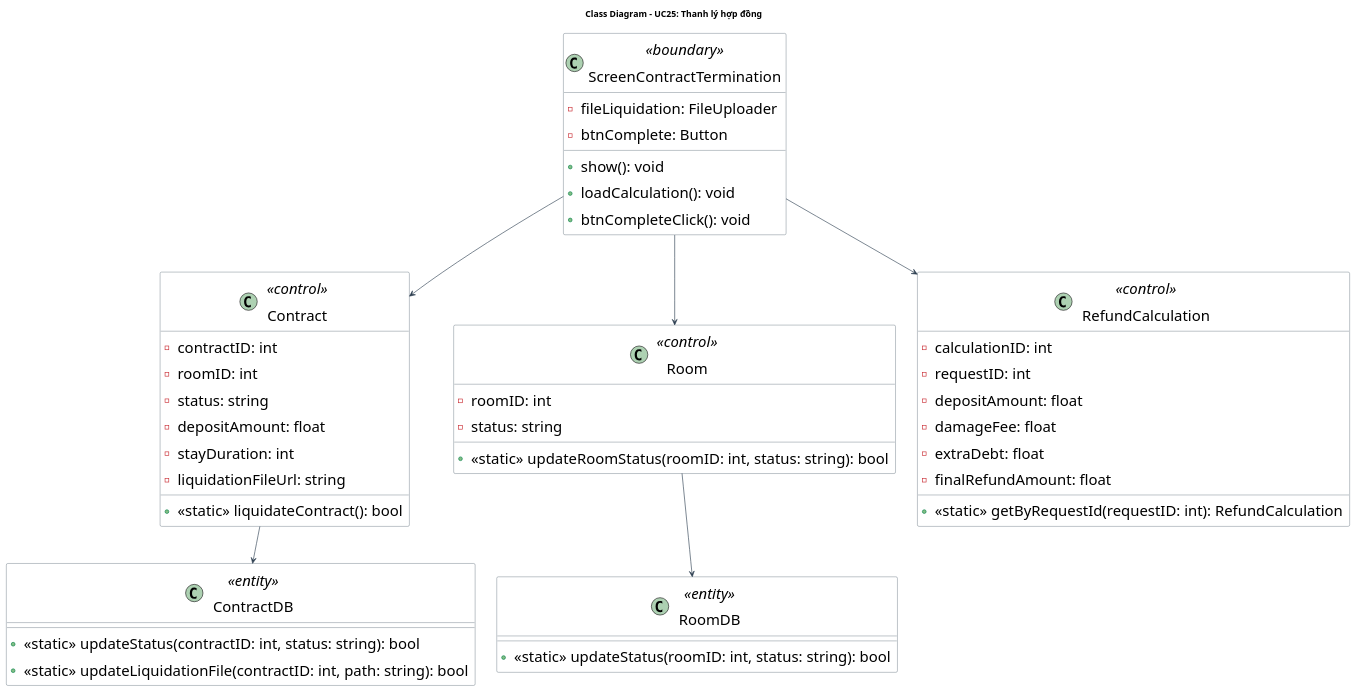
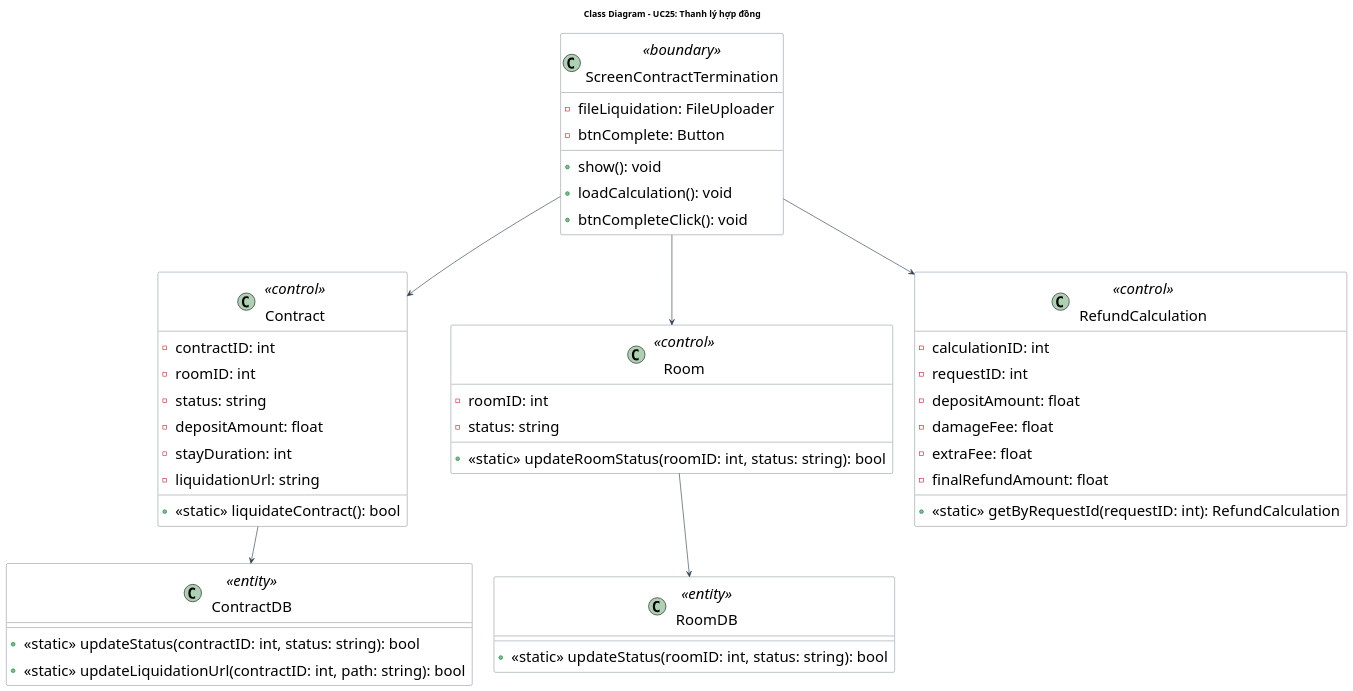
Before and after one commit to Gnourt812005/HCMUS-Analyze-and-desgin-IS: the diagram in doc/system/thanh_ly_hop_dong/ThanhLyHopDong_ClassDiagram.wsd, drawn with PlantUML. The commit also changed 23 other files, not shown here.

```diff
--- a/doc/system/thanh_ly_hop_dong/ThanhLyHopDong_ClassDiagram.wsd
+++ b/doc/system/thanh_ly_hop_dong/ThanhLyHopDong_ClassDiagram.wsd
@@ -1,62 +1,62 @@
 @startuml ThanhLyHopDong_ClassDiagram
 title Class Diagram - UC25: Thanh lý hợp đồng
 
 skinparam {
     ClassBackgroundColor White
     ClassBorderColor #2D3E50
     ArrowColor #2D3E50
     DefaultFontName "Arial"
     DefaultFontSize 24
     Padding 5
 }
 
 class "ScreenContractTermination" as ContractLiquidationScreen <<boundary>> {
   - fileLiquidation: FileUploader
   - btnComplete: Button
   + show(): void
   + loadCalculation(): void
   + btnCompleteClick(): void
 }
 
 class "Contract" as Contract <<control>> {
   - contractID: int
   - roomID: int
   - status: string
   - depositAmount: float
   - stayDuration: int
-  - liquidationFileUrl: string
+  - liquidationUrl: string
   + <<static>> liquidateContract(): bool
 }
 
 class "ContractDB" as ContractDB <<entity>> {
   + <<static>> updateStatus(contractID: int, status: string): bool
-  + <<static>> updateLiquidationFile(contractID: int, path: string): bool
+  + <<static>> updateLiquidationUrl(contractID: int, path: string): bool
 }
 
 class "Room" as Room <<control>> {
   - roomID: int
   - status: string
   + <<static>> updateRoomStatus(roomID: int, status: string): bool
 }
 
 class "RoomDB" as RoomDB <<entity>> {
   + <<static>> updateStatus(roomID: int, status: string): bool
 }
 
 class "RefundCalculation" as RefundCalculation <<control>> {
   - calculationID: int
   - requestID: int
   - depositAmount: float
   - damageFee: float
-  - extraDebt: float
+  - extraFee: float
   - finalRefundAmount: float
   + <<static>> getByRequestId(requestID: int): RefundCalculation
 }
 
 ContractLiquidationScreen --> Contract
 ContractLiquidationScreen --> RefundCalculation
 Contract --> ContractDB
 ContractLiquidationScreen --> Room
 Room --> RoomDB
 
 @enduml
```
